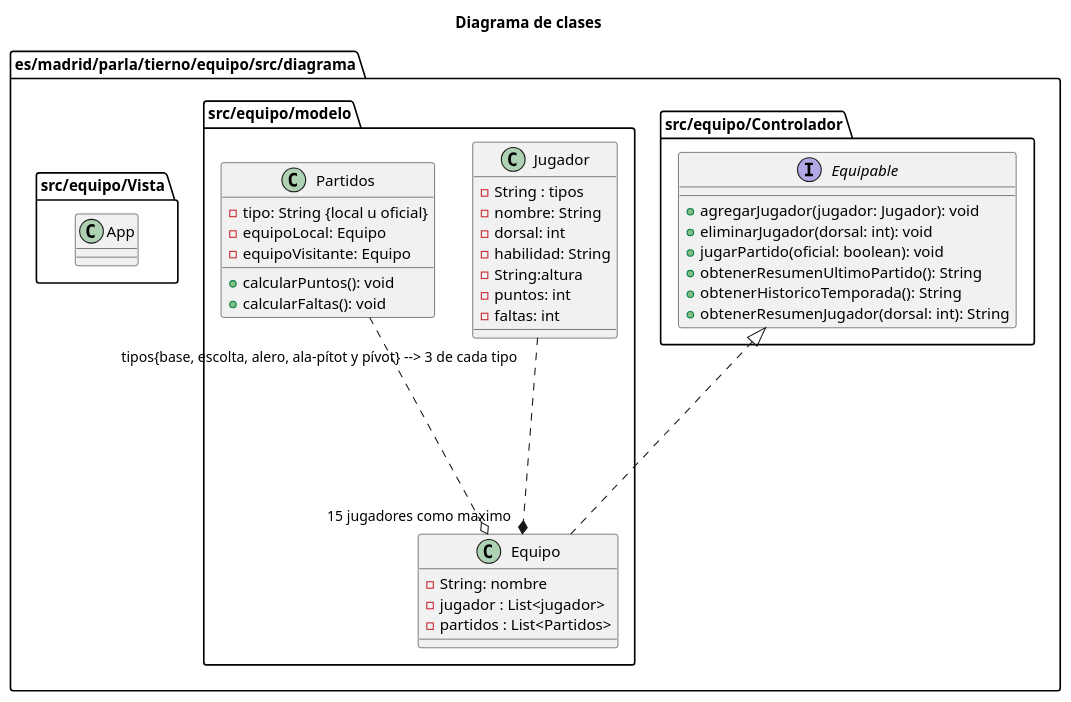
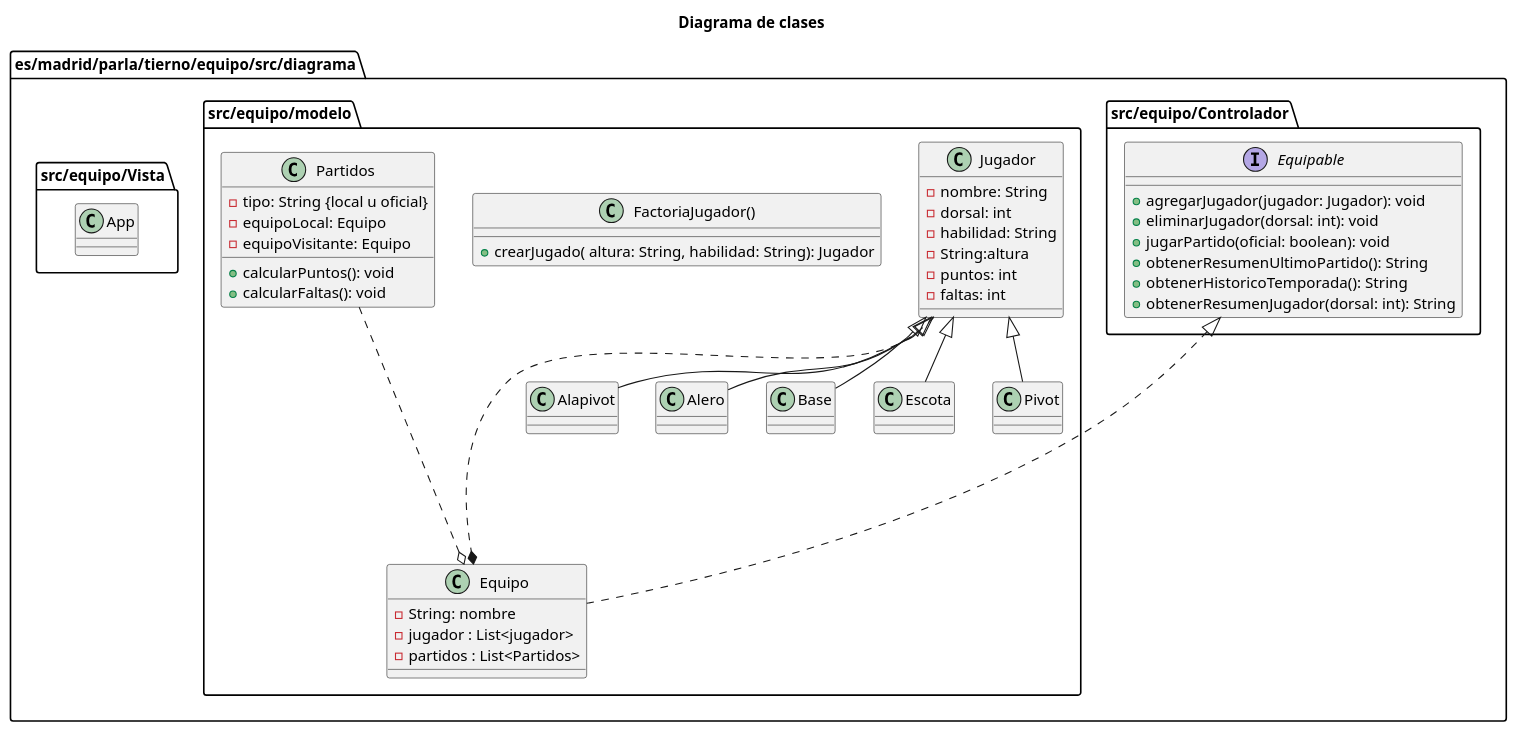
The diagram in src/Diagrama/Diagrama.pu (Kelvinbex2/Equipo), drawn with PlantUML before and after one commit. The commit also changed 3 other files, not shown here.

```diff
--- a/src/Diagrama/Diagrama.pu
+++ b/src/Diagrama/Diagrama.pu
@@ -1,66 +1,91 @@
 @startuml a
 title "Diagrama de clases"
 
 package es/madrid/parla/tierno/equipo/src/diagrama{
     package src/equipo/Controlador{
-        
+
         interface Equipable{
             + agregarJugador(jugador: Jugador): void
             + eliminarJugador(dorsal: int): void
             + jugarPartido(oficial: boolean): void
             + obtenerResumenUltimoPartido(): String
             + obtenerHistoricoTemporada(): String
             + obtenerResumenJugador(dorsal: int): String
         }
 
     }
 
 
     package src/equipo/modelo{
         class Equipo{
             - String: nombre
-            - jugador : List<jugador> 
+            - jugador : List<jugador>
             - partidos : List<Partidos>
         }
 
-        
+
         class Jugador{
-            - String : tipos
             - nombre: String
             - dorsal: int
             - habilidad: String
             - String:altura
             - puntos: int
             - faltas: int
         }
+        class Alapivot extends Jugador{
+
+        }
+
+        class Alero extends Jugador{
+
+        }
+
+        class Base extends Jugador{
+
+        }
+
+        class Escota extends Jugador{
+
+        }
+
+        class Pivot extends Jugador{
+
+        }
+
+
+        class FactoriaJugador(){
+            + crearJugado( altura: String, habilidad: String): Jugador
+                
+        }
+
 
         class Partidos{
 
             - tipo: String {local u oficial}
             - equipoLocal: Equipo
             - equipoVisitante: Equipo
 
             + calcularPuntos(): void
             + calcularFaltas(): void
 
 
         }
 
 
     }
 
 
     package src/equipo/Vista{
         class App {}
 
     }
 
 
     Equipable <|.... Equipo
-    Jugador "tipos{base, escolta, alero, ala-pítot y pívot} --> 3 de cada tipo "....* "15 jugadores como maximo" Equipo 
+    Jugador ....*  Equipo
     Partidos ....o Equipo
 
 
 }
 
 @enduml
```
